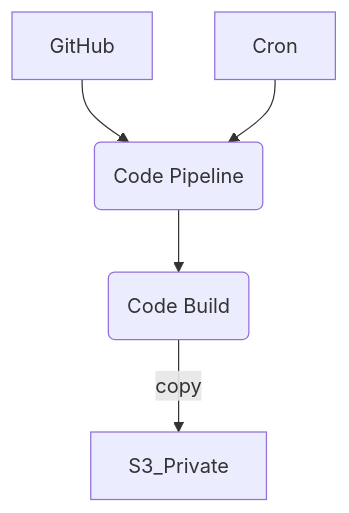
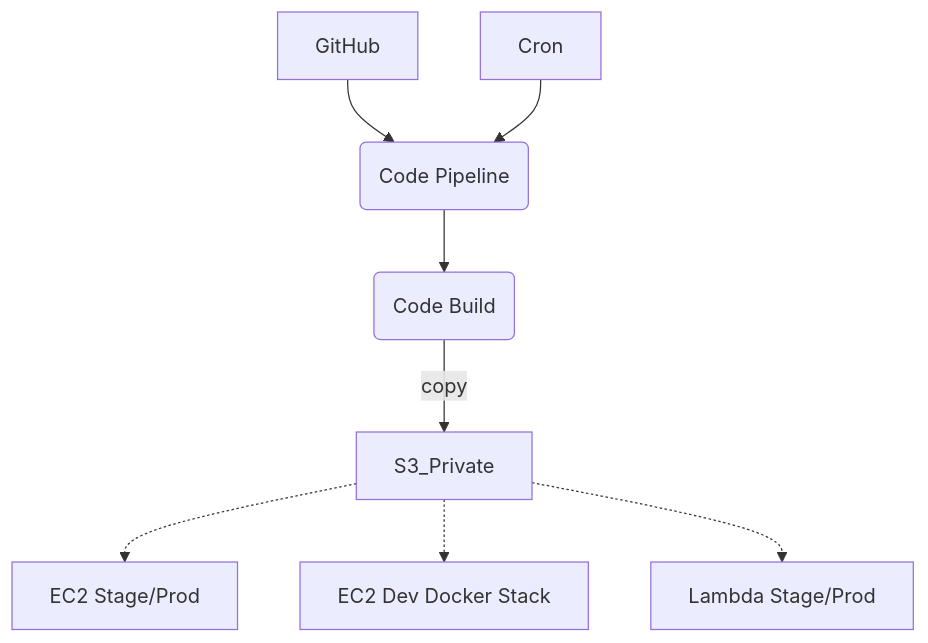
Before and after one commit to CDLUC3/mrt-doc: the fourth of 6 diagrams in design/aws-build/README.md, drawn with Mermaid. The commit also changed other lines of this file, not shown here.

````diff
--- a/design/aws-build/README.md
+++ b/design/aws-build/README.md
@@ -94,10 +97,16 @@
 ```mermaid
 graph TD
   GitHub --> Pipeline
   Cron --> Pipeline
   Pipeline(Code Pipeline)
   Pipeline --> Build
   Build(Code Build)
   S3_Private
   Build --> |copy| S3_Private
+  EC2[EC2 Stage/Prod]
+  EC2_Dev[EC2 Dev Docker Stack]
+  Lambda[Lambda Stage/Prod]
+  S3_Private -.-> EC2
+  S3_Private -.-> EC2_Dev
+  S3_Private -.-> Lambda
 ```
````
